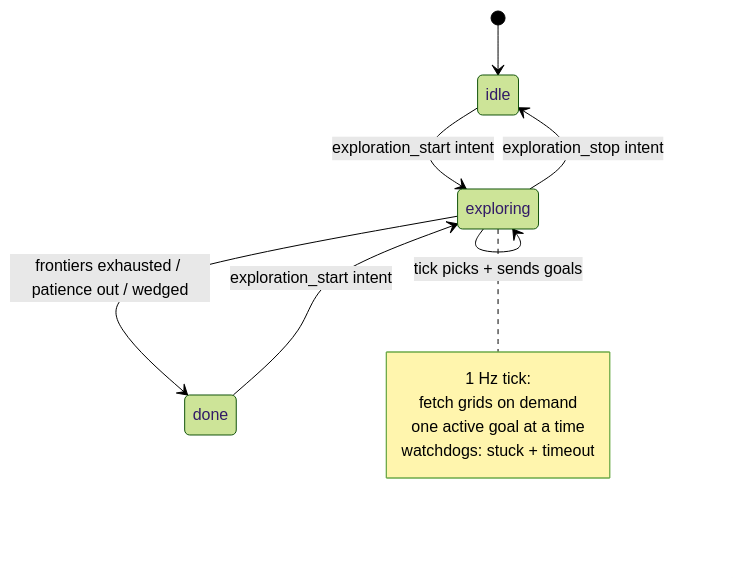
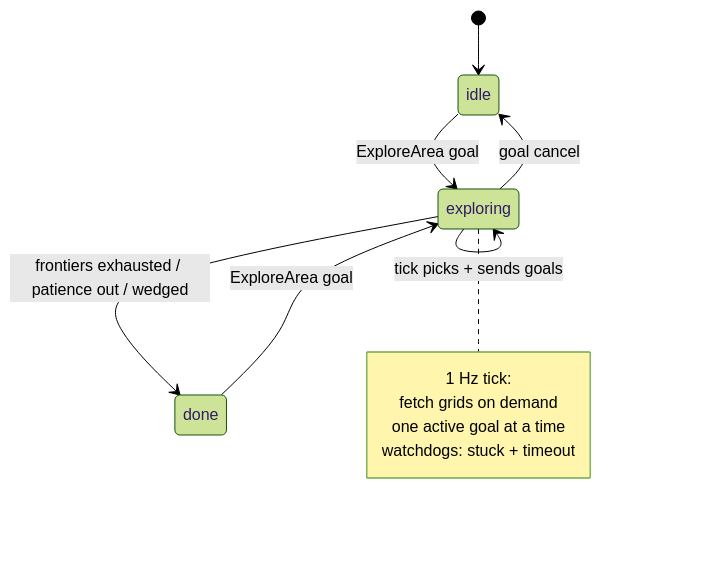
The first of 2 diagrams in 01-literate/09-explorer_manager_node.md (Boston-Robot-Hackers/dome_nav), drawn with Mermaid (forest theme) before and after one commit. The commit also changed other lines of this file and 6 other files, not shown here.

````diff
--- a/01-literate/09-explorer_manager_node.md
+++ b/01-literate/09-explorer_manager_node.md
@@ -22,15 +22,15 @@
 ```mermaid
 stateDiagram-v2
     [*] --> idle
-    idle --> exploring: exploration_start intent
+    idle --> exploring: ExploreArea goal
     exploring --> exploring: tick picks + sends goals
     exploring --> done: frontiers exhausted / patience out / wedged
-    exploring --> idle: exploration_stop intent
-    done --> exploring: exploration_start intent
+    exploring --> idle: goal cancel
+    done --> exploring: ExploreArea goal
     note right of exploring
         1 Hz tick:
         fetch grids on demand
         one active goal at a time
         watchdogs: stuck + timeout
     end note
 ```
````
